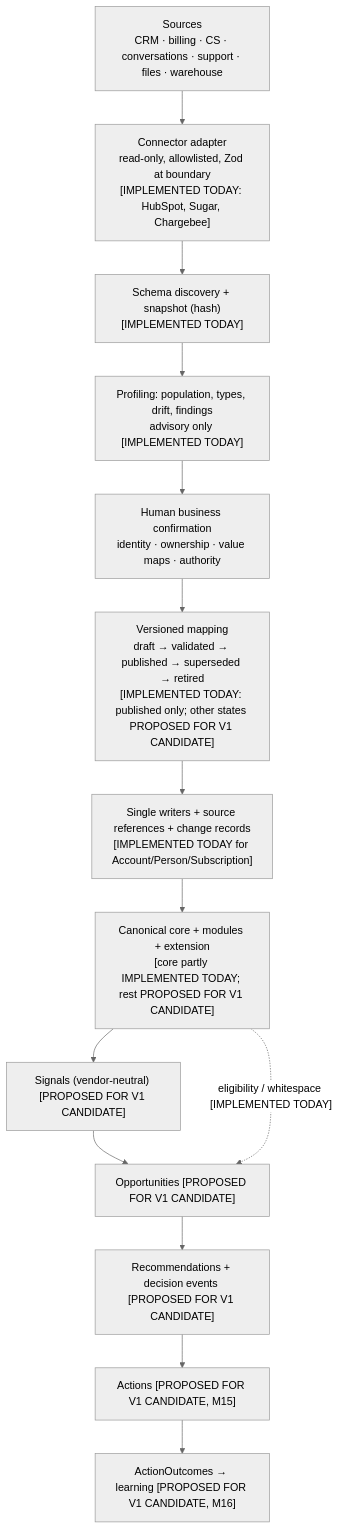
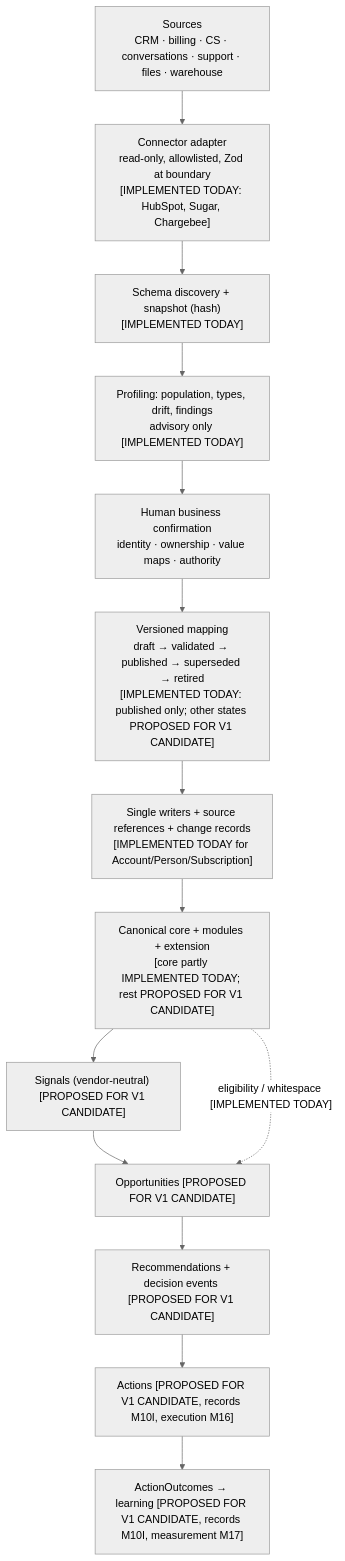
One commit to dataanalystram/revenueintelligence changed the first of 5 diagrams in docs/architecture/canonical-v1/CANDIDATE.md. Above: the diagram before and after it, drawn with Mermaid (neutral theme). The commit also changed 12 other files, not shown here.

First line of the commit message:
M10 plan revision 2: owner decisions D1–D6, security & data governance, roadmap renumbering

````diff
--- a/docs/architecture/canonical-v1/CANDIDATE.md
+++ b/docs/architecture/canonical-v1/CANDIDATE.md
@@ -41,19 +41,19 @@
 ```mermaid
 flowchart TD
   S["Sources<br/>CRM · billing · CS · conversations · support · files · warehouse"]
   C["Connector adapter<br/>read-only, allowlisted, Zod at boundary<br/>[IMPLEMENTED TODAY: HubSpot, Sugar, Chargebee]"]
   D["Schema discovery + snapshot (hash)<br/>[IMPLEMENTED TODAY]"]
   P["Profiling: population, types, drift, findings<br/>advisory only [IMPLEMENTED TODAY]"]
   H["Human business confirmation<br/>identity · ownership · value maps · authority"]
   M["Versioned mapping<br/>draft → validated → published → superseded → retired<br/>[IMPLEMENTED TODAY: published only; other states PROPOSED FOR V1 CANDIDATE]"]
   W["Single writers + source references + change records<br/>[IMPLEMENTED TODAY for Account/Person/Subscription]"]
   K["Canonical core + modules + extension<br/>[core partly IMPLEMENTED TODAY; rest PROPOSED FOR V1 CANDIDATE]"]
   SG["Signals (vendor-neutral) [PROPOSED FOR V1 CANDIDATE]"]
   O["Opportunities [PROPOSED FOR V1 CANDIDATE]"]
   R["Recommendations + decision events [PROPOSED FOR V1 CANDIDATE]"]
-  A["Actions [PROPOSED FOR V1 CANDIDATE, M15]"]
-  OU["ActionOutcomes → learning [PROPOSED FOR V1 CANDIDATE, M16]"]
+  A["Actions [PROPOSED FOR V1 CANDIDATE, records M10I, execution M16]"]
+  OU["ActionOutcomes → learning [PROPOSED FOR V1 CANDIDATE, records M10I, measurement M17]"]
   S --> C --> D --> P --> H --> M --> W --> K
   K --> SG --> O --> R --> A --> OU
   K -.->|"eligibility / whitespace [IMPLEMENTED TODAY]"| O
 ```
````
